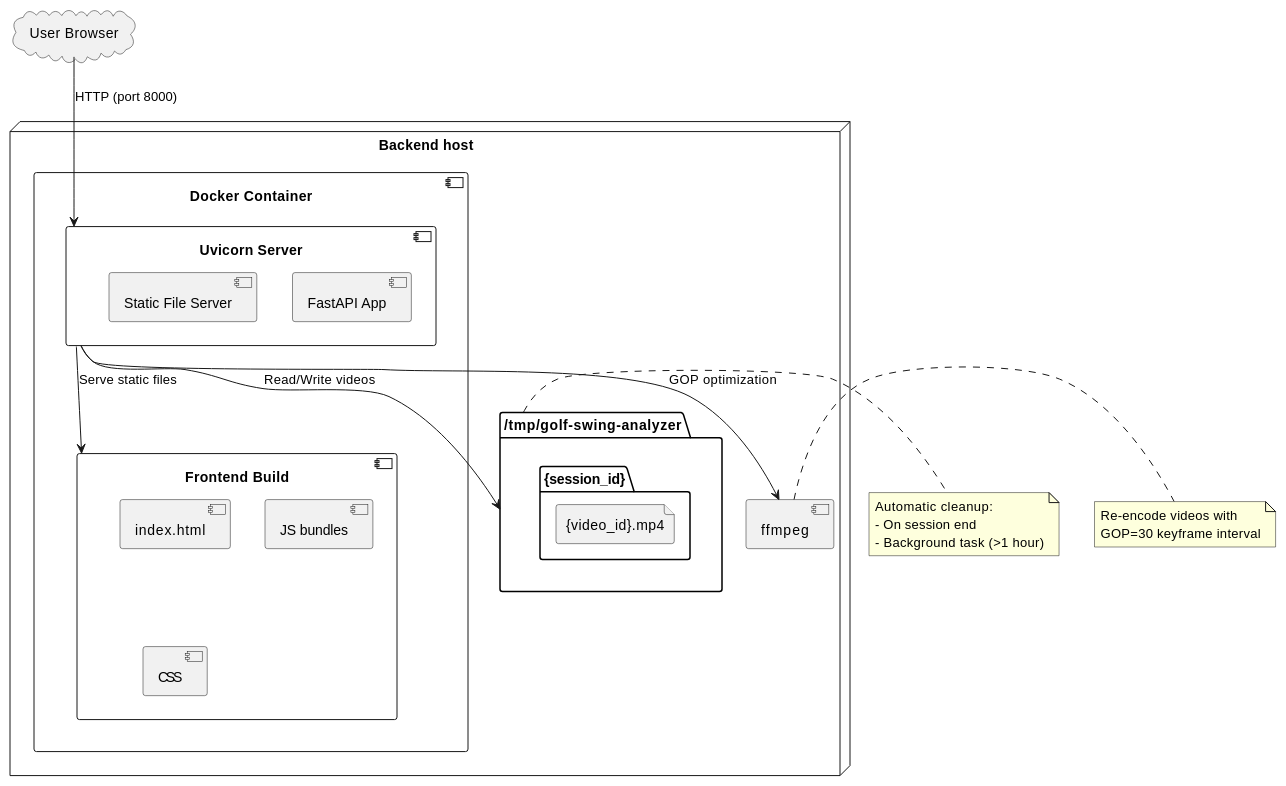
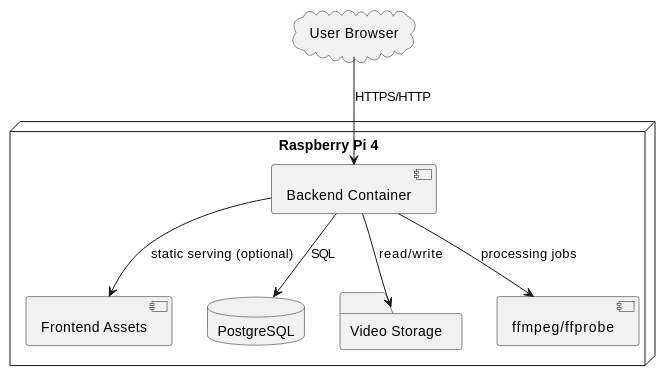
The second of 2 diagrams in docs/SYSTEM_ARCHITECTURE.md (timwalsh41/condor), drawn with PlantUML before and after one commit. The commit also changed other lines of this file and 5 other files, not shown here.

````diff
--- a/docs/SYSTEM_ARCHITECTURE.md
+++ b/docs/SYSTEM_ARCHITECTURE.md
@@ -239,36 +125,20 @@
 ```plantuml
 @startuml
-node "Backend host" {
-  component "Docker Container" {
-    component "Uvicorn Server" as uvicorn {
-      [FastAPI App]
-      [Static File Server]
-    }
-    component "Frontend Build" as frontend {
-      [index.html]
-      [JS bundles]
-      [CSS]
-    }
-  }
-
-  folder "/tmp/golf-swing-analyzer" as storage {
-    folder "{session_id}" {
-      file "{video_id}.mp4"
-    }
-  }
-
-  component "ffmpeg" as ffmpeg
+node "Raspberry Pi 4" {
+  component "Backend Container" as backend
+  component "Frontend Assets" as fe
+  database "PostgreSQL" as db
+  folder "Video Storage" as media
+  component "ffmpeg/ffprobe" as ff
 }
 
 cloud "User Browser" as browser
 
-browser --> uvicorn : HTTP (port 8000)
-uvicorn --> frontend : Serve static files
-uvicorn --> storage : Read/Write videos
-uvicorn --> ffmpeg : GOP optimization
-
-note right of storage : Automatic cleanup:\n- On session end\n- Background task (>1 hour)
-note right of ffmpeg : Re-encode videos with\nGOP=30 keyframe interval
+browser --> backend : HTTPS/HTTP
+backend --> db : SQL
+backend --> media : read/write
+backend --> ff : processing jobs
+backend --> fe : static serving (optional)
 
 @enduml
 ```
````
